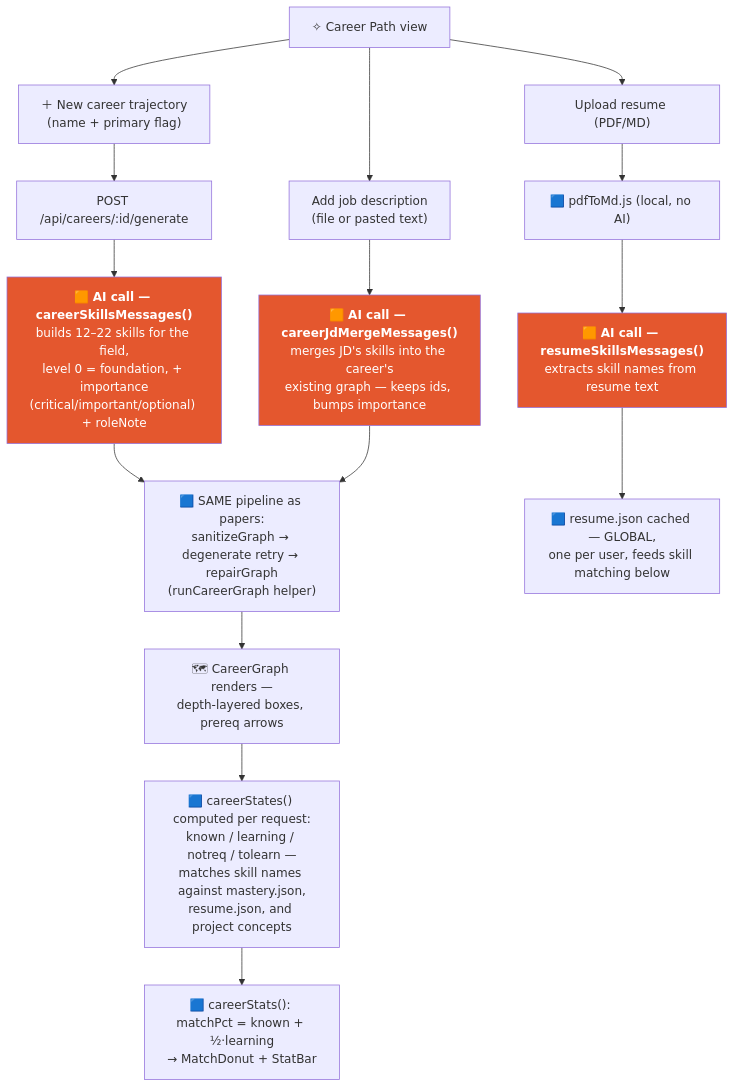
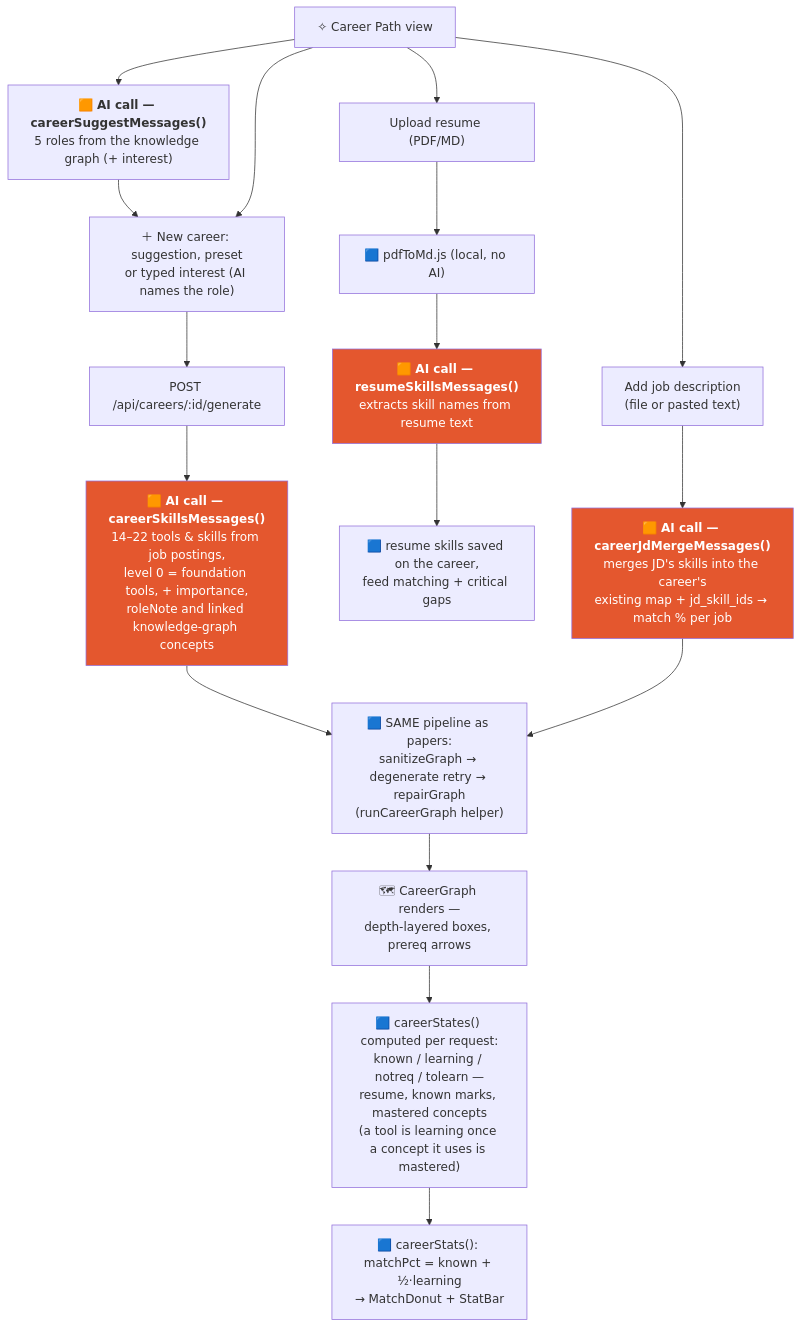
One commit to lenishu/paper-quest changed the fifth of 5 diagrams in ARCHITECTURE.md. Above: the diagram before and after it, drawn with Mermaid. The commit also changed other lines of this file and 42 other files, not shown here.

````diff
--- a/ARCHITECTURE.md
+++ b/ARCHITECTURE.md
@@ -194,24 +204,26 @@
 ```mermaid
 flowchart TD
-    A["✧ Career Path view"] --> B["＋ New career trajectory<br/>(name + primary flag)"]
+    A["✧ Career Path view"] --> S["🟧 <b>AI call — careerSuggestMessages()</b><br/>5 roles from the knowledge graph (+ interest)"]
+    S --> B
+    A --> B["＋ New career: suggestion, preset<br/>or typed interest (AI names the role)"]
     B --> C["POST /api/careers/:id/generate"]
-    C --> D["🟧 <b>AI call — careerSkillsMessages()</b><br/>builds 12–22 skills for the field,<br/>level 0 = foundation, + importance<br/>(critical/important/optional) + roleNote"]
+    C --> D["🟧 <b>AI call — careerSkillsMessages()</b><br/>14–22 tools & skills from job postings,<br/>level 0 = foundation tools, + importance,<br/>roleNote and linked knowledge-graph concepts"]
     D --> E["🟦 SAME pipeline as papers:<br/>sanitizeGraph → degenerate retry → repairGraph<br/>(runCareerGraph helper)"]
     E --> F["🗺 CareerGraph renders —<br/>depth-layered boxes, prereq arrows"]
 
     A --> G["Upload resume (PDF/MD)"]
     G --> H["🟦 pdfToMd.js (local, no AI)"]
     H --> I["🟧 <b>AI call — resumeSkillsMessages()</b><br/>extracts skill names from resume text"]
-    I --> J["🟦 resume.json cached — GLOBAL,<br/>one per user, feeds skill matching below"]
+    I --> J["🟦 resume skills saved on the career,<br/>feed matching + critical gaps"]
 
     A --> K["Add job description<br/>(file or pasted text)"]
-    K --> L["🟧 <b>AI call — careerJdMergeMessages()</b><br/>merges JD's skills into the career's<br/>existing graph — keeps ids, bumps importance"]
+    K --> L["🟧 <b>AI call — careerJdMergeMessages()</b><br/>merges JD's skills into the career's<br/>existing map + jd_skill_ids → match % per job"]
     L --> E
 
-    F --> M["🟦 careerStates() computed per request:<br/>known / learning / notreq / tolearn —<br/>matches skill names against mastery.json,<br/>resume.json, and project concepts"]
+    F --> M["🟦 careerStates() computed per request:<br/>known / learning / notreq / tolearn —<br/>resume, known marks, mastered concepts<br/>(a tool is learning once a concept it uses is mastered)"]
     M --> N["🟦 careerStats(): matchPct = known + ½·learning<br/>→ MatchDonut + StatBar"]
 
     style D fill:#E4572E,color:#fff
     style I fill:#E4572E,color:#fff
     style L fill:#E4572E,color:#fff
 ```
````
